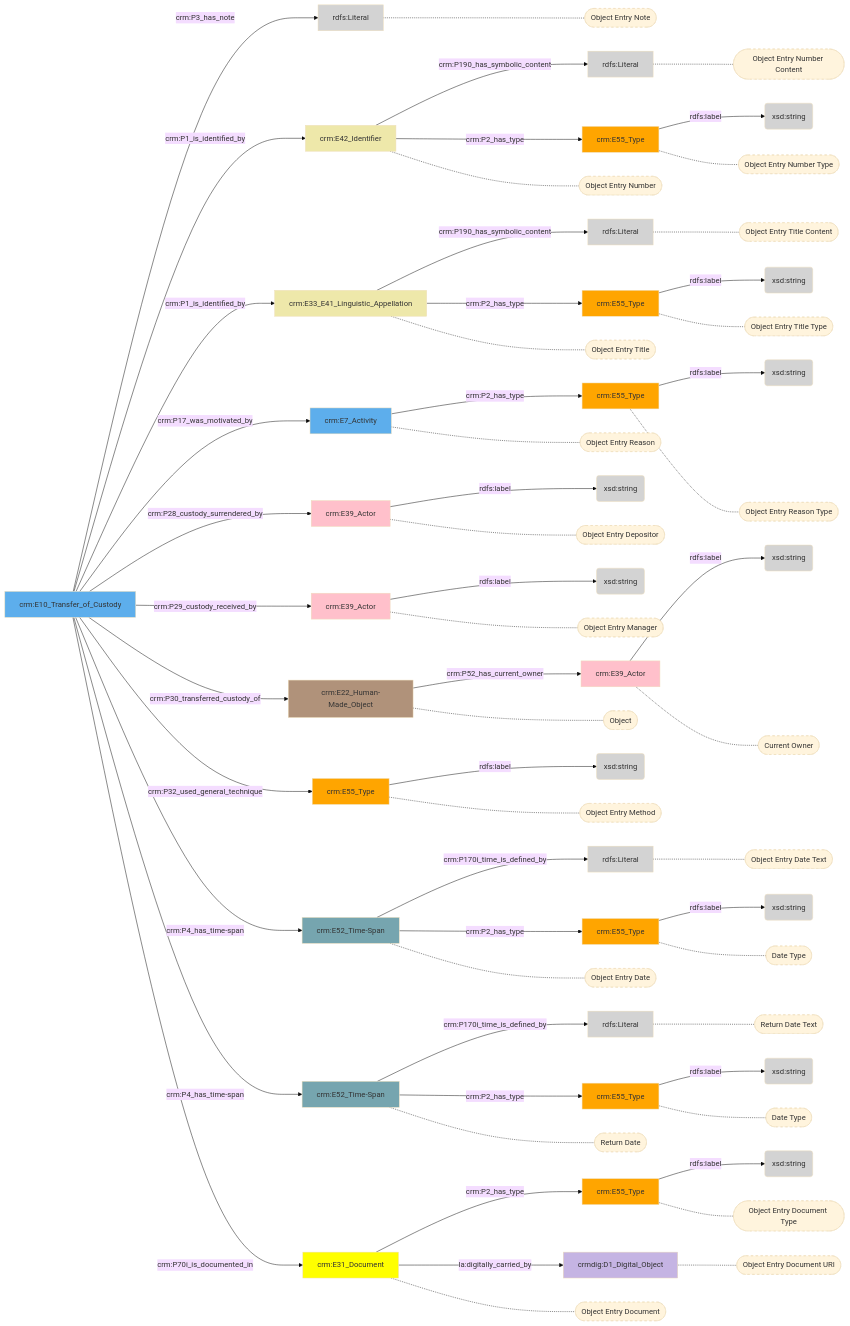
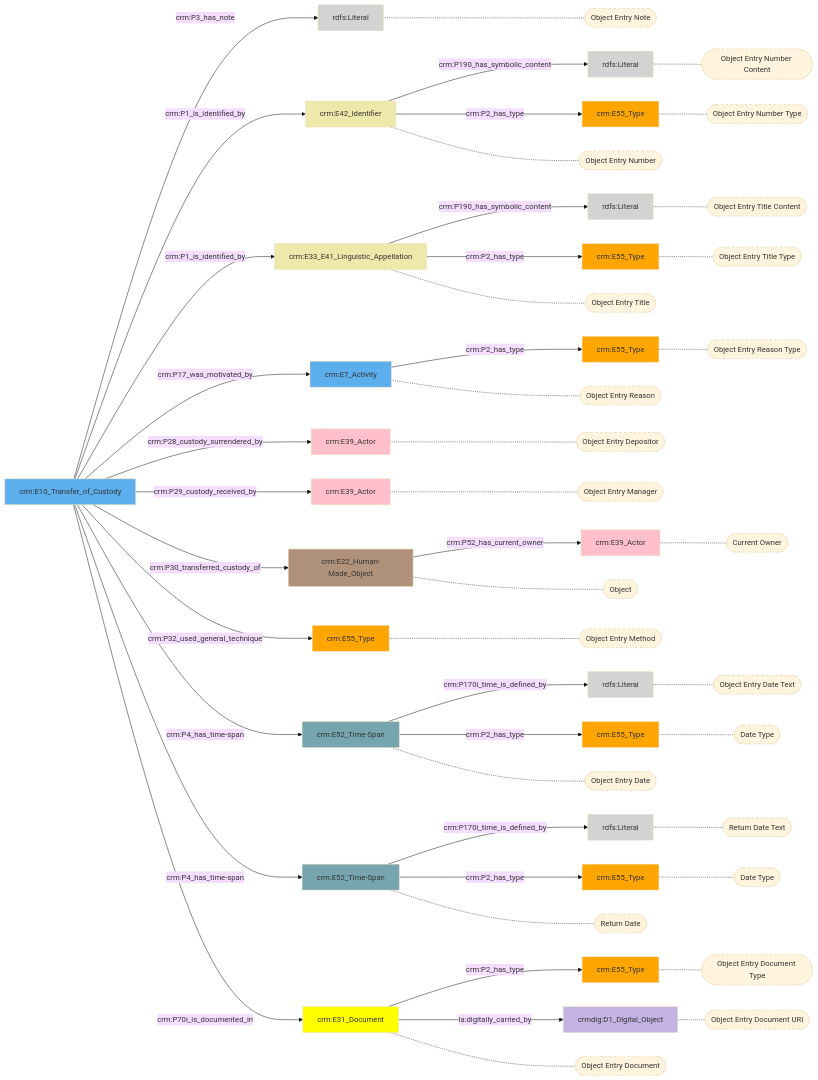
One commit to digipolisantwerpdocumentation/antwerp-cultureel-erfgoed changed the diagram in docs/content/modellen/ObjectEntry/na.md. Above: the diagram before and after it, drawn with Mermaid (base theme). The commit also changed 170 other files, not shown here.

````diff
--- a/docs/content/modellen/ObjectEntry/na.md
+++ b/docs/content/modellen/ObjectEntry/na.md
@@ -1,18 +1,32 @@
 ```mermaid
 graph LR
-0e5e9f22-f0e5-11ee-9217-960002548b4f["crm:E55_Type"]-->|"rdfs:label"|25bf268f-f0e5-11ee-80ed-960002548b4f(xsd:string)
-1d7ad933-e1d7-11ee-a71a-960002548b4f["crm:E55_Type"]-->|"rdfs:label"|ca2ee292-e1d8-11ee-8e38-960002548b4f(xsd:string)
+style 004a3d68-f0e5-11ee-a548-960002548b4f fill:#D3D3D3
+style 05db6ace-e1d7-11ee-908d-960002548b4f fill:#D3D3D3
+style 0e5e9f22-f0e5-11ee-9217-960002548b4f fill:#ffa500
+style 1d7ad933-e1d7-11ee-a71a-960002548b4f fill:#ffa500
+style 1f9b4f98-e1d6-11ee-ad77-960002548b4f fill:#5DAEEC
+style 2571b569-e1d9-11ee-b642-960002548b4f fill:#ffc0cb
+style 2f653c79-e1d8-11ee-9b7a-960002548b4f fill:#5DAEEC
+style 321c9896-f0e5-11ee-a497-960002548b4f fill:#ffa500
+style 373eddf6-e1dd-11ee-a9dd-960002548b4f fill:#ffff00
+style 39d92082-e1d7-11ee-946d-960002548b4f fill:#EEE8AA
+style 4aa351dc-e1d7-11ee-b0be-960002548b4f fill:#D3D3D3
+style 63caf351-e1d7-11ee-bba4-960002548b4f fill:#ffa500
+style 77be0d4f-e1d6-11ee-b2ca-960002548b4f fill:#B0927A
+style 8345d854-e1d8-11ee-ab66-960002548b4f fill:#ffa500
+style 84c54bea-f0e4-11ee-a203-960002548b4f fill:#D3D3D3
+style 90661a1c-e1d6-11ee-9c04-960002548b4f fill:#ffc0cb
+style 910ecd41-e1d7-11ee-98e8-960002548b4f fill:#EEE8AA
+style a306efc4-e1dd-11ee-be19-960002548b4f fill:#C5B4E3
+style a98e21c4-e1d7-11ee-a32c-960002548b4f fill:#D3D3D3
+style b85df4cb-e1d7-11ee-a75a-960002548b4f fill:#ffa500
+style c644cd72-e1d6-11ee-b2ca-960002548b4f fill:#ffc0cb
+style d6a2c87a-e1dd-11ee-a454-960002548b4f fill:#ffa500
+style e9c1c0b3-e1d7-11ee-b638-960002548b4f fill:#76A5AF
+style eaae2b41-f0e4-11ee-af7a-960002548b4f fill:#76A5AF
 1f9b4f98-e1d6-11ee-ad77-960002548b4f["crm:E10_Transfer_of_Custody"]-->|"crm:P3_has_note"|05db6ace-e1d7-11ee-908d-960002548b4f(rdfs:Literal)
-2571b569-e1d9-11ee-b642-960002548b4f["crm:E39_Actor"]-->|"rdfs:label"|555a16ed-e1da-11ee-bea5-960002548b4f(xsd:string)
-321c9896-f0e5-11ee-a497-960002548b4f["crm:E55_Type"]-->|"rdfs:label"|47314ab7-f0e5-11ee-b978-960002548b4f(xsd:string)
 39d92082-e1d7-11ee-946d-960002548b4f["crm:E42_Identifier"]-->|"crm:P190_has_symbolic_content"|4aa351dc-e1d7-11ee-b0be-960002548b4f(rdfs:Literal)
-63caf351-e1d7-11ee-bba4-960002548b4f["crm:E55_Type"]-->|"rdfs:label"|b05ad79b-e1d8-11ee-93ef-960002548b4f(xsd:string)
-8345d854-e1d8-11ee-ab66-960002548b4f["crm:E55_Type"]-->|"rdfs:label"|a08b17b4-e1d8-11ee-a444-960002548b4f(xsd:string)
-90661a1c-e1d6-11ee-9c04-960002548b4f["crm:E39_Actor"]-->|"rdfs:label"|77eef018-e1da-11ee-a237-960002548b4f(xsd:string)
 910ecd41-e1d7-11ee-98e8-960002548b4f["crm:E33_E41_Linguistic_Appellation"]-->|"crm:P190_has_symbolic_content"|a98e21c4-e1d7-11ee-a32c-960002548b4f(rdfs:Literal)
-b85df4cb-e1d7-11ee-a75a-960002548b4f["crm:E55_Type"]-->|"rdfs:label"|bea7a34f-e1d8-11ee-86b2-960002548b4f(xsd:string)
-c644cd72-e1d6-11ee-b2ca-960002548b4f["crm:E39_Actor"]-->|"rdfs:label"|6c9f91c3-e1da-11ee-8a53-960002548b4f(xsd:string)
-d6a2c87a-e1dd-11ee-a454-960002548b4f["crm:E55_Type"]-->|"rdfs:label"|7db5b5ff-e1e6-11ee-aebe-960002548b4f(xsd:string)
 e9c1c0b3-e1d7-11ee-b638-960002548b4f["crm:E52_Time-Span"]-->|"crm:P170i_time_is_defined_by"|84c54bea-f0e4-11ee-a203-960002548b4f(rdfs:Literal)
 eaae2b41-f0e4-11ee-af7a-960002548b4f["crm:E52_Time-Span"]-->|"crm:P170i_time_is_defined_by"|004a3d68-f0e5-11ee-a548-960002548b4f(rdfs:Literal)
 1f9b4f98-e1d6-11ee-ad77-960002548b4f["crm:E10_Transfer_of_Custody"]-->|"crm:P1_is_identified_by"|39d92082-e1d7-11ee-946d-960002548b4f["crm:E42_Identifier"]
@@ -33,6 +47,29 @@
 910ecd41-e1d7-11ee-98e8-960002548b4f["crm:E33_E41_Linguistic_Appellation"]-->|"crm:P2_has_type"|b85df4cb-e1d7-11ee-a75a-960002548b4f["crm:E55_Type"]
 e9c1c0b3-e1d7-11ee-b638-960002548b4f["crm:E52_Time-Span"]-->|"crm:P2_has_type"|0e5e9f22-f0e5-11ee-9217-960002548b4f["crm:E55_Type"]
 eaae2b41-f0e4-11ee-af7a-960002548b4f["crm:E52_Time-Span"]-->|"crm:P2_has_type"|321c9896-f0e5-11ee-a497-960002548b4f["crm:E55_Type"]
+style 39d92082-e1d7-11ee-946d-960002548b4f_s stroke-dasharray: 5
+style 910ecd41-e1d7-11ee-98e8-960002548b4f_s stroke-dasharray: 5
+style 2f653c79-e1d8-11ee-9b7a-960002548b4f_s stroke-dasharray: 5
+style c644cd72-e1d6-11ee-b2ca-960002548b4f_s stroke-dasharray: 5
+style 90661a1c-e1d6-11ee-9c04-960002548b4f_s stroke-dasharray: 5
+style 05db6ace-e1d7-11ee-908d-960002548b4f_s stroke-dasharray: 5
+style 77be0d4f-e1d6-11ee-b2ca-960002548b4f_s stroke-dasharray: 5
+style 1d7ad933-e1d7-11ee-a71a-960002548b4f_s stroke-dasharray: 5
+style e9c1c0b3-e1d7-11ee-b638-960002548b4f_s stroke-dasharray: 5
+style eaae2b41-f0e4-11ee-af7a-960002548b4f_s stroke-dasharray: 5
+style 373eddf6-e1dd-11ee-a9dd-960002548b4f_s stroke-dasharray: 5
+style 8345d854-e1d8-11ee-ab66-960002548b4f_s stroke-dasharray: 5
+style d6a2c87a-e1dd-11ee-a454-960002548b4f_s stroke-dasharray: 5
+style a306efc4-e1dd-11ee-be19-960002548b4f_s stroke-dasharray: 5
+style 4aa351dc-e1d7-11ee-b0be-960002548b4f_s stroke-dasharray: 5
+style 63caf351-e1d7-11ee-bba4-960002548b4f_s stroke-dasharray: 5
+style 2571b569-e1d9-11ee-b642-960002548b4f_s stroke-dasharray: 5
+style a98e21c4-e1d7-11ee-a32c-960002548b4f_s stroke-dasharray: 5
+style b85df4cb-e1d7-11ee-a75a-960002548b4f_s stroke-dasharray: 5
+style 84c54bea-f0e4-11ee-a203-960002548b4f_s stroke-dasharray: 5
+style 0e5e9f22-f0e5-11ee-9217-960002548b4f_s stroke-dasharray: 5
+style 004a3d68-f0e5-11ee-a548-960002548b4f_s stroke-dasharray: 5
+style 321c9896-f0e5-11ee-a497-960002548b4f_s stroke-dasharray: 5
 39d92082-e1d7-11ee-946d-960002548b4f["crm:E42_Identifier"]-.-39d92082-e1d7-11ee-946d-960002548b4f_s(["Object Entry Number"])
 910ecd41-e1d7-11ee-98e8-960002548b4f["crm:E33_E41_Linguistic_Appellation"]-.-910ecd41-e1d7-11ee-98e8-960002548b4f_s(["Object Entry Title"])
 2f653c79-e1d8-11ee-9b7a-960002548b4f["crm:E7_Activity"]-.-2f653c79-e1d8-11ee-9b7a-960002548b4f_s(["Object Entry Reason"])
@@ -56,61 +93,4 @@
 0e5e9f22-f0e5-11ee-9217-960002548b4f["crm:E55_Type"]-.-0e5e9f22-f0e5-11ee-9217-960002548b4f_s(["Date Type"])
 004a3d68-f0e5-11ee-a548-960002548b4f["rdfs:Literal"]-.-004a3d68-f0e5-11ee-a548-960002548b4f_s(["Return Date Text"])
 321c9896-f0e5-11ee-a497-960002548b4f["crm:E55_Type"]-.-321c9896-f0e5-11ee-a497-960002548b4f_s(["Date Type"])
-style 39d92082-e1d7-11ee-946d-960002548b4f_s stroke-dasharray: 5
-style 910ecd41-e1d7-11ee-98e8-960002548b4f_s stroke-dasharray: 5
-style 2f653c79-e1d8-11ee-9b7a-960002548b4f_s stroke-dasharray: 5
-style c644cd72-e1d6-11ee-b2ca-960002548b4f_s stroke-dasharray: 5
-style 90661a1c-e1d6-11ee-9c04-960002548b4f_s stroke-dasharray: 5
-style 05db6ace-e1d7-11ee-908d-960002548b4f_s stroke-dasharray: 5
-style 77be0d4f-e1d6-11ee-b2ca-960002548b4f_s stroke-dasharray: 5
-style 1d7ad933-e1d7-11ee-a71a-960002548b4f_s stroke-dasharray: 5
-style e9c1c0b3-e1d7-11ee-b638-960002548b4f_s stroke-dasharray: 5
-style eaae2b41-f0e4-11ee-af7a-960002548b4f_s stroke-dasharray: 5
-style 373eddf6-e1dd-11ee-a9dd-960002548b4f_s stroke-dasharray: 5
-style 8345d854-e1d8-11ee-ab66-960002548b4f_s stroke-dasharray: 5
-style d6a2c87a-e1dd-11ee-a454-960002548b4f_s stroke-dasharray: 5
-style a306efc4-e1dd-11ee-be19-960002548b4f_s stroke-dasharray: 5
-style 4aa351dc-e1d7-11ee-b0be-960002548b4f_s stroke-dasharray: 5
-style 63caf351-e1d7-11ee-bba4-960002548b4f_s stroke-dasharray: 5
-style 2571b569-e1d9-11ee-b642-960002548b4f_s stroke-dasharray: 5
-style a98e21c4-e1d7-11ee-a32c-960002548b4f_s stroke-dasharray: 5
-style b85df4cb-e1d7-11ee-a75a-960002548b4f_s stroke-dasharray: 5
-style 84c54bea-f0e4-11ee-a203-960002548b4f_s stroke-dasharray: 5
-style 0e5e9f22-f0e5-11ee-9217-960002548b4f_s stroke-dasharray: 5
-style 004a3d68-f0e5-11ee-a548-960002548b4f_s stroke-dasharray: 5
-style 321c9896-f0e5-11ee-a497-960002548b4f_s stroke-dasharray: 5
-style 004a3d68-f0e5-11ee-a548-960002548b4f fill:#D3D3D3
-style 05db6ace-e1d7-11ee-908d-960002548b4f fill:#D3D3D3
-style 0e5e9f22-f0e5-11ee-9217-960002548b4f fill:#ffa500
-style 1d7ad933-e1d7-11ee-a71a-960002548b4f fill:#ffa500
-style 1f9b4f98-e1d6-11ee-ad77-960002548b4f fill:#5DAEEC
-style 2571b569-e1d9-11ee-b642-960002548b4f fill:#ffc0cb
-style 25bf268f-f0e5-11ee-80ed-960002548b4f fill:#D3D3D3
-style 2f653c79-e1d8-11ee-9b7a-960002548b4f fill:#5DAEEC
-style 321c9896-f0e5-11ee-a497-960002548b4f fill:#ffa500
-style 373eddf6-e1dd-11ee-a9dd-960002548b4f fill:#ffff00
-style 39d92082-e1d7-11ee-946d-960002548b4f fill:#EEE8AA
-style 47314ab7-f0e5-11ee-b978-960002548b4f fill:#D3D3D3
-style 4aa351dc-e1d7-11ee-b0be-960002548b4f fill:#D3D3D3
-style 555a16ed-e1da-11ee-bea5-960002548b4f fill:#D3D3D3
-style 63caf351-e1d7-11ee-bba4-960002548b4f fill:#ffa500
-style 6c9f91c3-e1da-11ee-8a53-960002548b4f fill:#D3D3D3
-style 77be0d4f-e1d6-11ee-b2ca-960002548b4f fill:#B0927A
-style 77eef018-e1da-11ee-a237-960002548b4f fill:#D3D3D3
-style 7db5b5ff-e1e6-11ee-aebe-960002548b4f fill:#D3D3D3
-style 8345d854-e1d8-11ee-ab66-960002548b4f fill:#ffa500
-style 84c54bea-f0e4-11ee-a203-960002548b4f fill:#D3D3D3
-style 90661a1c-e1d6-11ee-9c04-960002548b4f fill:#ffc0cb
-style 910ecd41-e1d7-11ee-98e8-960002548b4f fill:#EEE8AA
-style a08b17b4-e1d8-11ee-a444-960002548b4f fill:#D3D3D3
-style a306efc4-e1dd-11ee-be19-960002548b4f fill:#C5B4E3
-style a98e21c4-e1d7-11ee-a32c-960002548b4f fill:#D3D3D3
-style b05ad79b-e1d8-11ee-93ef-960002548b4f fill:#D3D3D3
-style b85df4cb-e1d7-11ee-a75a-960002548b4f fill:#ffa500
-style bea7a34f-e1d8-11ee-86b2-960002548b4f fill:#D3D3D3
-style c644cd72-e1d6-11ee-b2ca-960002548b4f fill:#ffc0cb
-style ca2ee292-e1d8-11ee-8e38-960002548b4f fill:#D3D3D3
-style d6a2c87a-e1dd-11ee-a454-960002548b4f fill:#ffa500
-style e9c1c0b3-e1d7-11ee-b638-960002548b4f fill:#76A5AF
-style eaae2b41-f0e4-11ee-af7a-960002548b4f fill:#76A5AF
 ```
````
